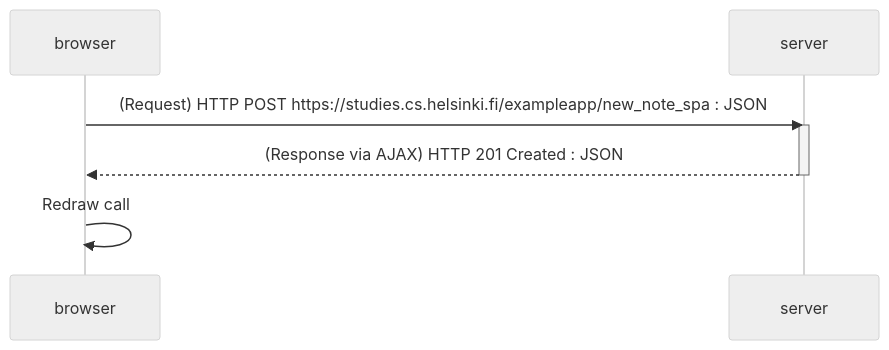
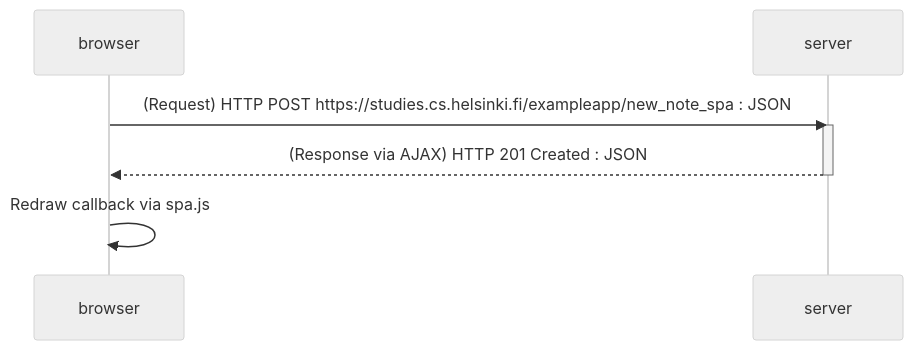
Before and after one commit to uchmod777/fso-part0: the diagram in 0.6-spa-new-note.md, drawn with Mermaid (neutral theme).

````diff
--- a/0.6-spa-new-note.md
+++ b/0.6-spa-new-note.md
@@ -3,11 +3,11 @@
 ```mermaid
 sequenceDiagram
     participant browser
     participant server
 
     browser->>server: (Request) HTTP POST https://studies.cs.helsinki.fi/exampleapp/new_note_spa : JSON
     activate server
     server-->>browser: (Response via AJAX) HTTP 201 Created : JSON
     deactivate server
-    browser->>browser: Redraw call
+    browser->>browser: Redraw callback via spa.js
 ```
````
